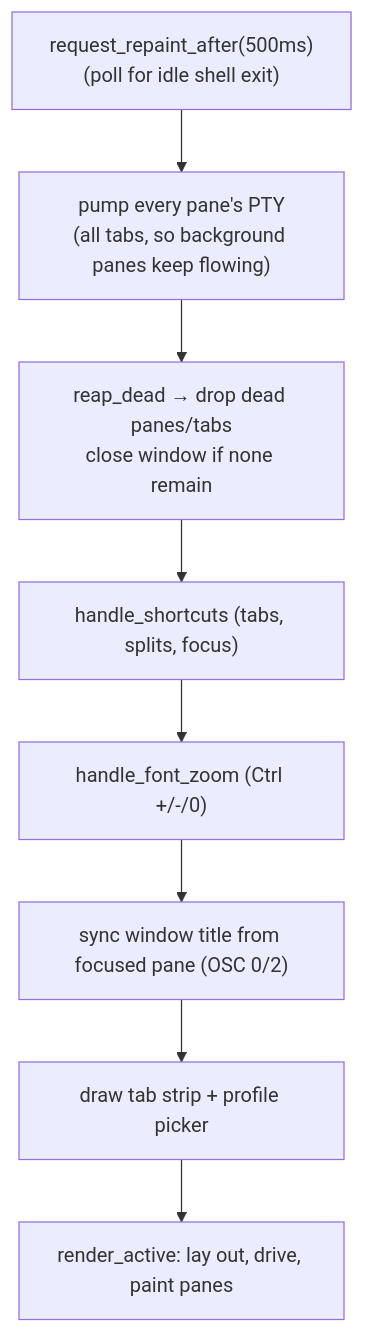
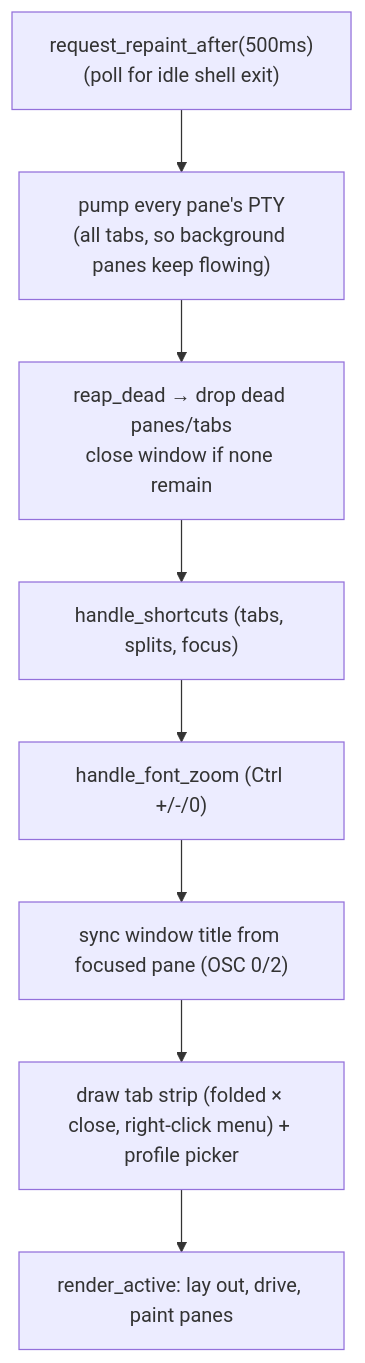
Before and after one commit to stvnksslr/geist: the third of 4 diagrams in docs/components/app.md, drawn with Mermaid. The commit also changed other lines of this file and 5 other files, not shown here.

Commit message:
feat(right click menu + tab visuals):

````diff
--- a/docs/components/app.md
+++ b/docs/components/app.md
@@ -67,13 +77,13 @@
 ```mermaid
 flowchart TB
     repaint["request_repaint_after(500ms)<br/>(poll for idle shell exit)"]
     pump["pump every pane's PTY<br/>(all tabs, so background panes keep flowing)"]
     reap["reap_dead → drop dead panes/tabs<br/>close window if none remain"]
     short["handle_shortcuts (tabs, splits, focus)"]
     zoom["handle_font_zoom (Ctrl +/-/0)"]
     title["sync window title from focused pane (OSC 0/2)"]
-    bar["draw tab strip + profile picker"]
+    bar["draw tab strip (folded × close, right-click menu) + profile picker"]
     active["render_active: lay out, drive, paint panes"]
 
     repaint --> pump --> reap --> short --> zoom --> title --> bar --> active
 ```
````
